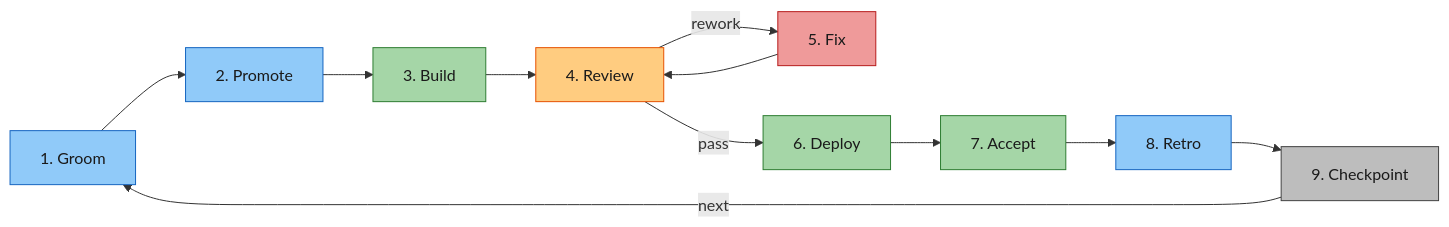
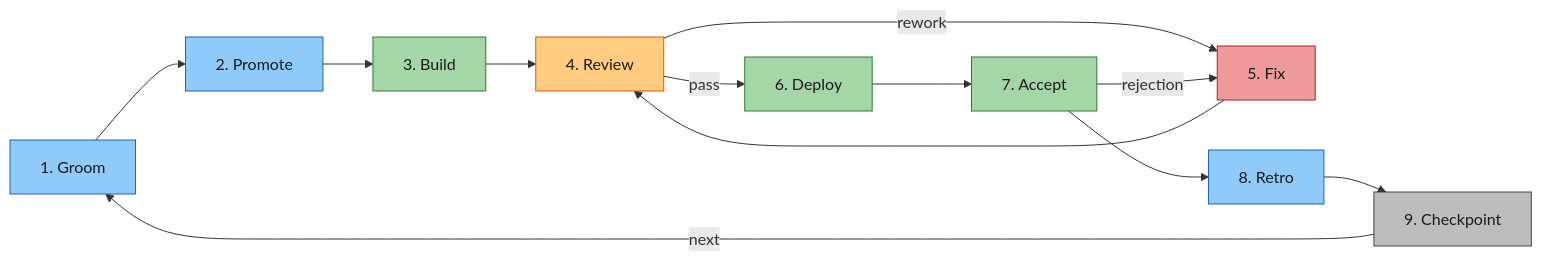
One commit to rdunie/venutian-antfarm changed the third of 5 diagrams in README.md. Above: the diagram before and after it, drawn with Mermaid. The commit also changed 1 other file, not shown here.

Commit message:
feat: add acceptance failure path to /po review workflow and README diagram
PO review workflow documents accept/reject flow with event logging.
README lifecycle diagram adds acceptance → fix rejection edge.

````diff
--- a/README.md
+++ b/README.md
@@ -136,23 +136,24 @@
 ```mermaid
 flowchart LR
     G["1. Groom"] --> P["2. Promote"]
     P --> B["3. Build"]
     B --> R["4. Review"]
     R -->|"rework"| F["5. Fix"]
     F --> R
     R -->|"pass"| D["6. Deploy"]
     D --> A["7. Accept"]
+    A -->|"rejection"| F
     A --> RT["8. Retro"]
     RT --> C["9. Checkpoint"]
     C -->|"next"| G
 
     style G fill:#90caf9,stroke:#1565c0,color:#1a1a1a
     style P fill:#90caf9,stroke:#1565c0,color:#1a1a1a
     style B fill:#a5d6a7,stroke:#2e7d32,color:#1a1a1a
     style R fill:#ffcc80,stroke:#e65100,color:#1a1a1a
     style F fill:#ef9a9a,stroke:#b71c1c,color:#1a1a1a
     style D fill:#a5d6a7,stroke:#2e7d32,color:#1a1a1a
     style A fill:#a5d6a7,stroke:#2e7d32,color:#1a1a1a
     style RT fill:#90caf9,stroke:#1565c0,color:#1a1a1a
     style C fill:#bdbdbd,stroke:#424242,color:#1a1a1a
 ```
````
